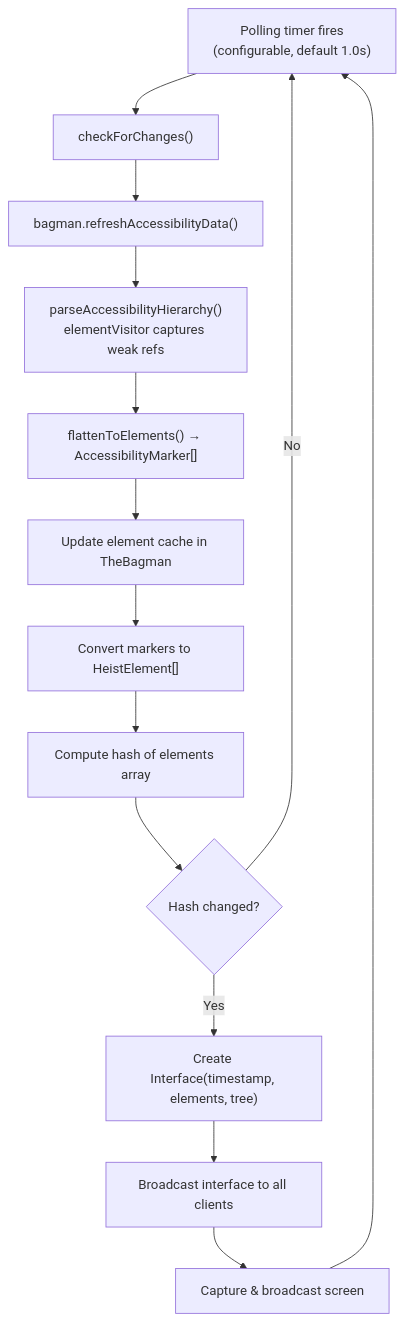
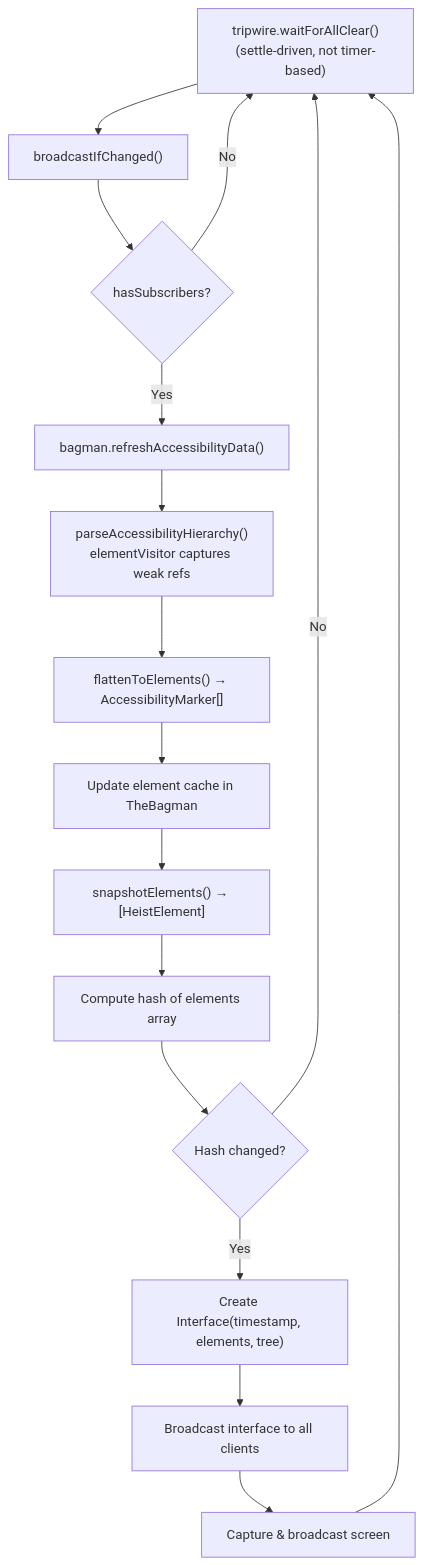
Before and after one commit to RoyalPineapple/TheButtonHeist: the eighth of 10 diagrams in docs/ARCHITECTURE.md, drawn with Mermaid. The commit also changed other lines of this file and 61 other files, not shown here.

````diff
--- a/docs/ARCHITECTURE.md
+++ b/docs/ARCHITECTURE.md
@@ -544,16 +547,18 @@
 ```mermaid
 flowchart TD
-    A["Polling timer fires<br>(configurable, default 1.0s)"] --> B["checkForChanges()"]
-    B --> B2["bagman.refreshAccessibilityData()"]
+    A["tripwire.waitForAllClear()<br>(settle-driven, not timer-based)"] --> B["broadcastIfChanged()"]
+    B --> B1{"hasSubscribers?"}
+    B1 -->|No| A
+    B1 -->|Yes| B2["bagman.refreshAccessibilityData()"]
     B2 --> C["parseAccessibilityHierarchy()<br>elementVisitor captures weak refs"]
     C --> D["flattenToElements() → AccessibilityMarker[]"]
     D --> E["Update element cache in TheBagman"]
-    E --> F["Convert markers to HeistElement[]"]
+    E --> F["snapshotElements() → [HeistElement]"]
     F --> G["Compute hash of elements array"]
     G --> H{"Hash changed?"}
     H -->|No| A
     H -->|Yes| I["Create Interface(timestamp, elements, tree)"]
     I --> J["Broadcast interface to all clients"]
     J --> K["Capture & broadcast screen"]
     K --> A
 ```
````
